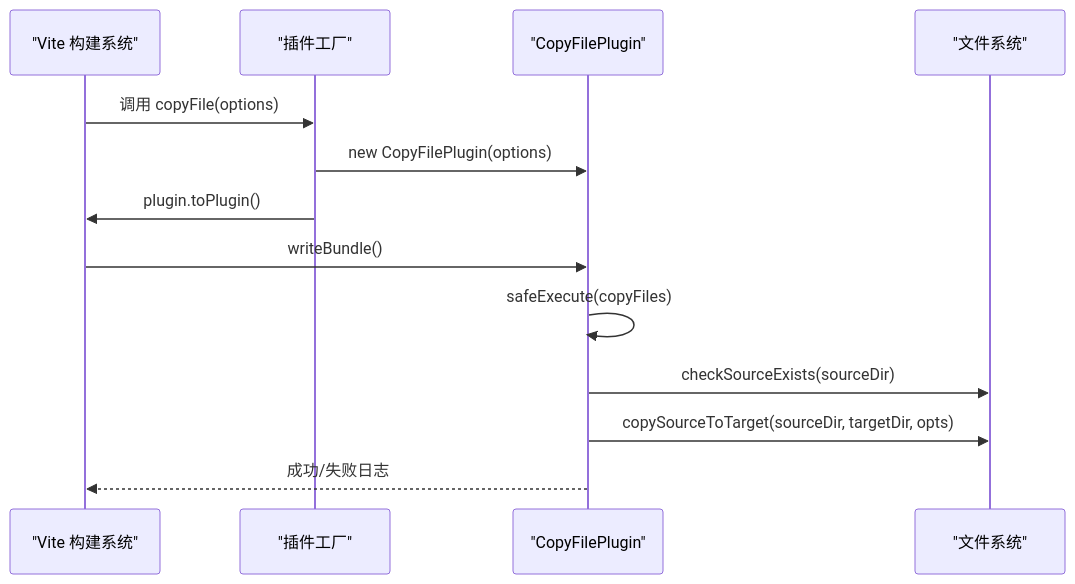
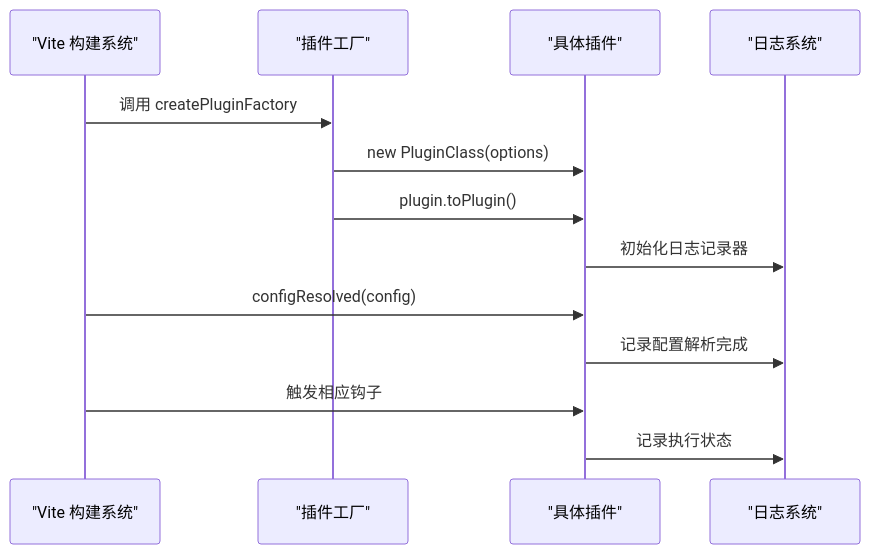
The third of 3 diagrams in .qoder/repowiki/zh/content/核心插件/核心插件.md (MengXi-Studio/vite-plugin), drawn with Mermaid before and after one commit. The commit also changed other lines of this file and 5 other files, not shown here.

````diff
--- a/.qoder/repowiki/zh/content/核心插件/核心插件.md
+++ b/.qoder/repowiki/zh/content/核心插件/核心插件.md
@@ -147,15 +171,15 @@
 ```mermaid
 sequenceDiagram
 participant Vite as "Vite 构建系统"
 participant Factory as "插件工厂"
-participant Plugin as "CopyFilePlugin"
-participant FS as "文件系统"
-Vite->>Factory : 调用 copyFile(options)
-Factory->>Plugin : new CopyFilePlugin(options)
-Factory->>Vite : plugin.toPlugin()
-Vite->>Plugin : writeBundle()
-Plugin->>Plugin : safeExecute(copyFiles)
-Plugin->>FS : checkSourceExists(sourceDir)
-Plugin->>FS : copySourceToTarget(sourceDir, targetDir, opts)
-Plugin-->>Vite : 成功/失败日志
+participant Plugin as "具体插件"
+participant Logger as "日志系统"
+Vite->>Factory : 调用 createPluginFactory
+Factory->>Plugin : new PluginClass(options)
+Factory->>Plugin : plugin.toPlugin()
+Plugin->>Logger : 初始化日志记录器
+Vite->>Plugin : configResolved(config)
+Plugin->>Logger : 记录配置解析完成
+Vite->>Plugin : 触发相应钩子
+Plugin->>Logger : 记录执行状态
 ```
````
